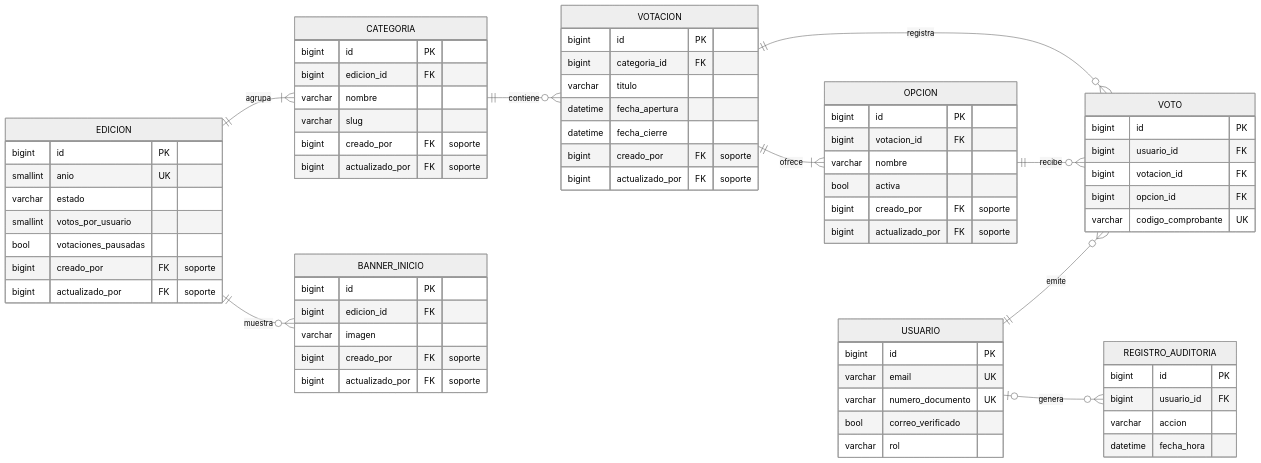
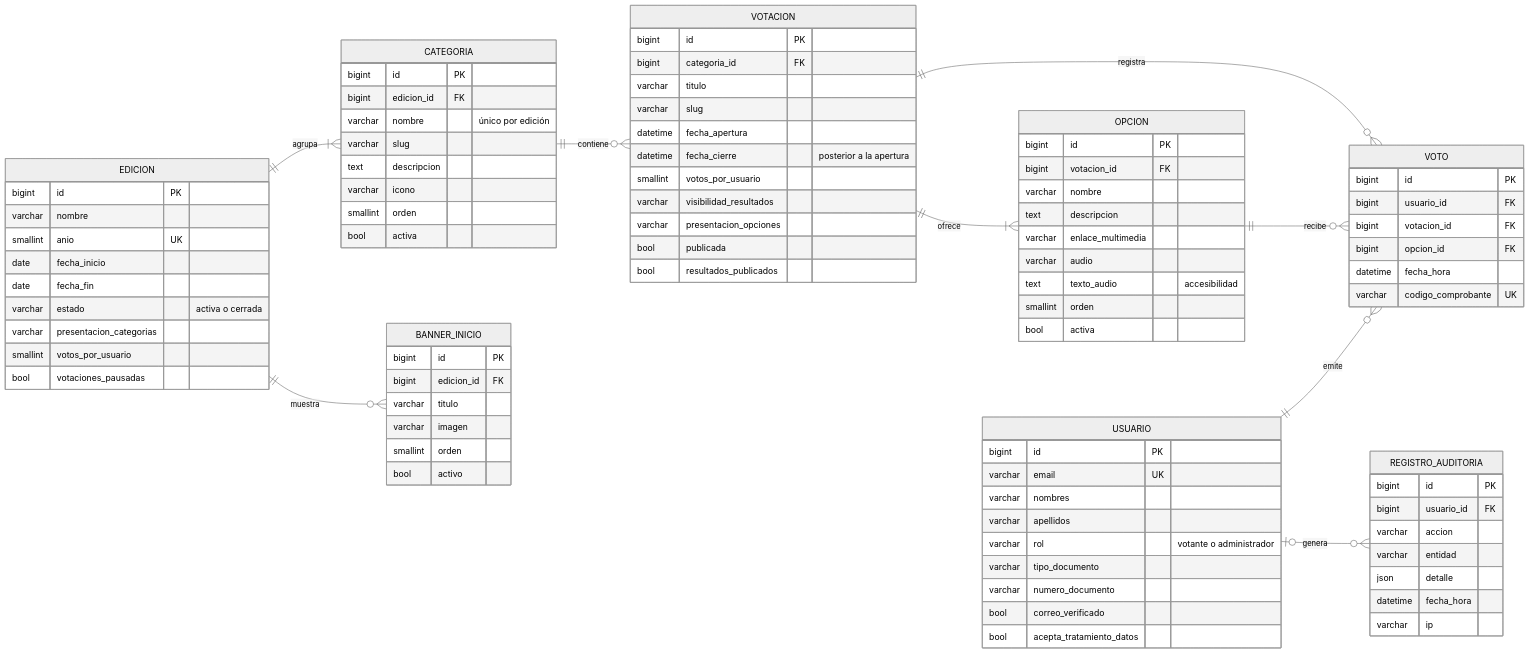
Before and after one commit to juandiegows/votaciones-festival-vallenato: the diagram in docs/diagramas/datos/entidad-relacion.mmd, drawn with Mermaid (neutral theme). The commit also changed 2 other files, not shown here.

Commit message:
Rehacer el diagrama entidad-relación con los modelos actuales
Incluye todas las tablas que crean las migraciones, llaves PK, FK y UK, y cardinalidades
cero o muchos donde la base lo permite (edición sin categorías, votación en borrador).

```diff
--- a/docs/diagramas/datos/entidad-relacion.mmd
+++ b/docs/diagramas/datos/entidad-relacion.mmd
@@ -1,71 +1,91 @@
 erDiagram
     direction LR
-    EDICION ||--|{ CATEGORIA : agrupa
-    EDICION ||--o{ BANNER_INICIO : muestra
-    CATEGORIA ||--o{ VOTACION : contiene
-    VOTACION ||--|{ OPCION : ofrece
-    VOTACION ||--o{ VOTO : registra
-    OPCION ||--o{ VOTO : recibe
-    USUARIO ||--o{ VOTO : emite
-    USUARIO |o--o{ REGISTRO_AUDITORIA : genera
+    EDICION ||--|{ CATEGORIA : "agrupa"
+    CATEGORIA ||--o{ VOTACION : "contiene"
+    VOTACION ||--|{ OPCION : "ofrece"
+    VOTACION ||--o{ VOTO : "registra"
+    OPCION ||--o{ VOTO : "recibe"
+    USUARIO ||--o{ VOTO : "emite"
+    USUARIO |o--o{ REGISTRO_AUDITORIA : "genera"
+    EDICION ||--o{ BANNER_INICIO : "muestra"
     EDICION {
         bigint id PK
+        varchar nombre
         smallint anio UK
-        varchar estado
+        date fecha_inicio
+        date fecha_fin
+        varchar estado "activa o cerrada"
+        varchar presentacion_categorias
         smallint votos_por_usuario
         bool votaciones_pausadas
-        bigint creado_por FK "soporte"
-        bigint actualizado_por FK "soporte"
     }
     CATEGORIA {
         bigint id PK
         bigint edicion_id FK
-        varchar nombre
+        varchar nombre "único por edición"
         varchar slug
-        bigint creado_por FK "soporte"
-        bigint actualizado_por FK "soporte"
+        text descripcion
+        varchar icono
+        smallint orden
+        bool activa
     }
     VOTACION {
         bigint id PK
         bigint categoria_id FK
         varchar titulo
+        varchar slug
         datetime fecha_apertura
-        datetime fecha_cierre
-        bigint creado_por FK "soporte"
-        bigint actualizado_por FK "soporte"
+        datetime fecha_cierre "posterior a la apertura"
+        smallint votos_por_usuario
+        varchar visibilidad_resultados
+        varchar presentacion_opciones
+        bool publicada
+        bool resultados_publicados
     }
     OPCION {
         bigint id PK
         bigint votacion_id FK
         varchar nombre
+        text descripcion
+        varchar enlace_multimedia
+        varchar audio
+        text texto_audio "accesibilidad"
+        smallint orden
         bool activa
-        bigint creado_por FK "soporte"
-        bigint actualizado_por FK "soporte"
-    }
-    USUARIO {
-        bigint id PK
-        varchar email UK
-        varchar numero_documento UK
-        bool correo_verificado
-        varchar rol
     }
     VOTO {
         bigint id PK
         bigint usuario_id FK
         bigint votacion_id FK
         bigint opcion_id FK
+        datetime fecha_hora
         varchar codigo_comprobante UK
+    }
+    USUARIO {
+        bigint id PK
+        varchar email UK
+        varchar nombres
+        varchar apellidos
+        varchar rol "votante o administrador"
+        varchar tipo_documento
+        varchar numero_documento
+        bool correo_verificado
+        bool acepta_tratamiento_datos
     }
     REGISTRO_AUDITORIA {
         bigint id PK
         bigint usuario_id FK
         varchar accion
+        varchar entidad
+        json detalle
         datetime fecha_hora
+        varchar ip
     }
     BANNER_INICIO {
         bigint id PK
         bigint edicion_id FK
+        varchar titulo
         varchar imagen
-        bigint creado_por FK "soporte"
-        bigint actualizado_por FK "soporte"
+        smallint orden
+        bool activo
     }
```
